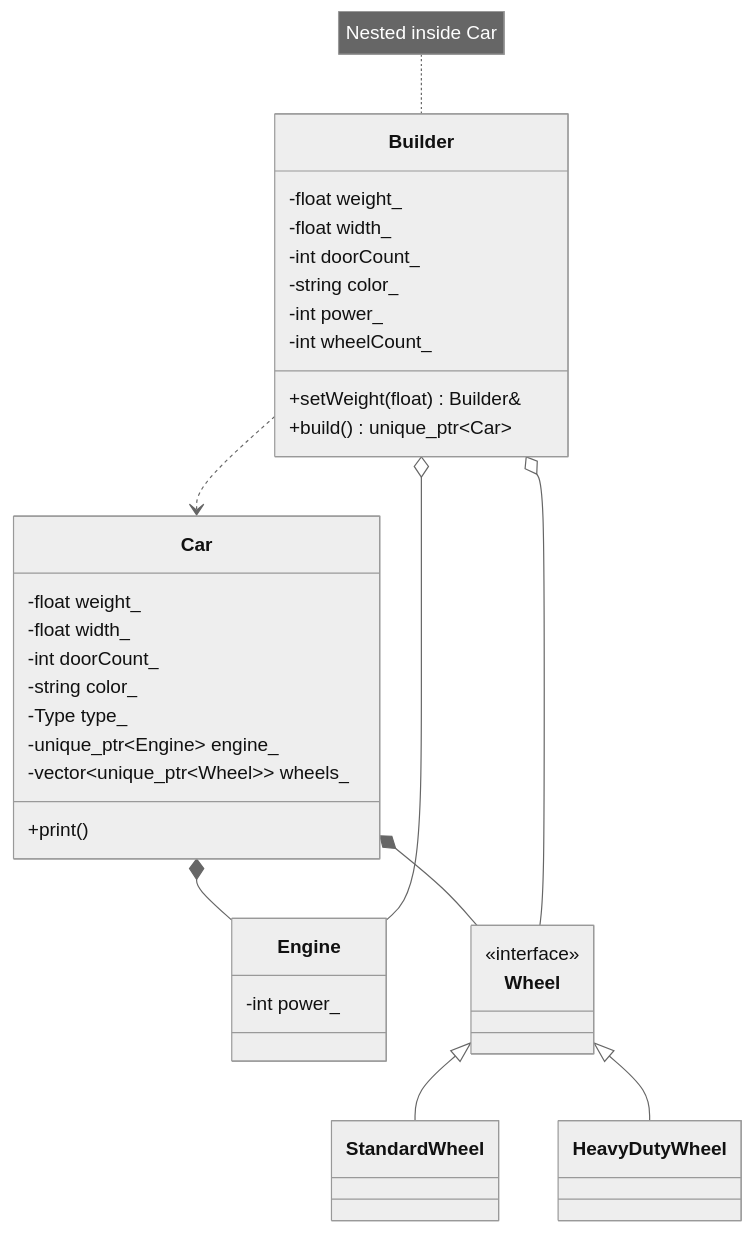
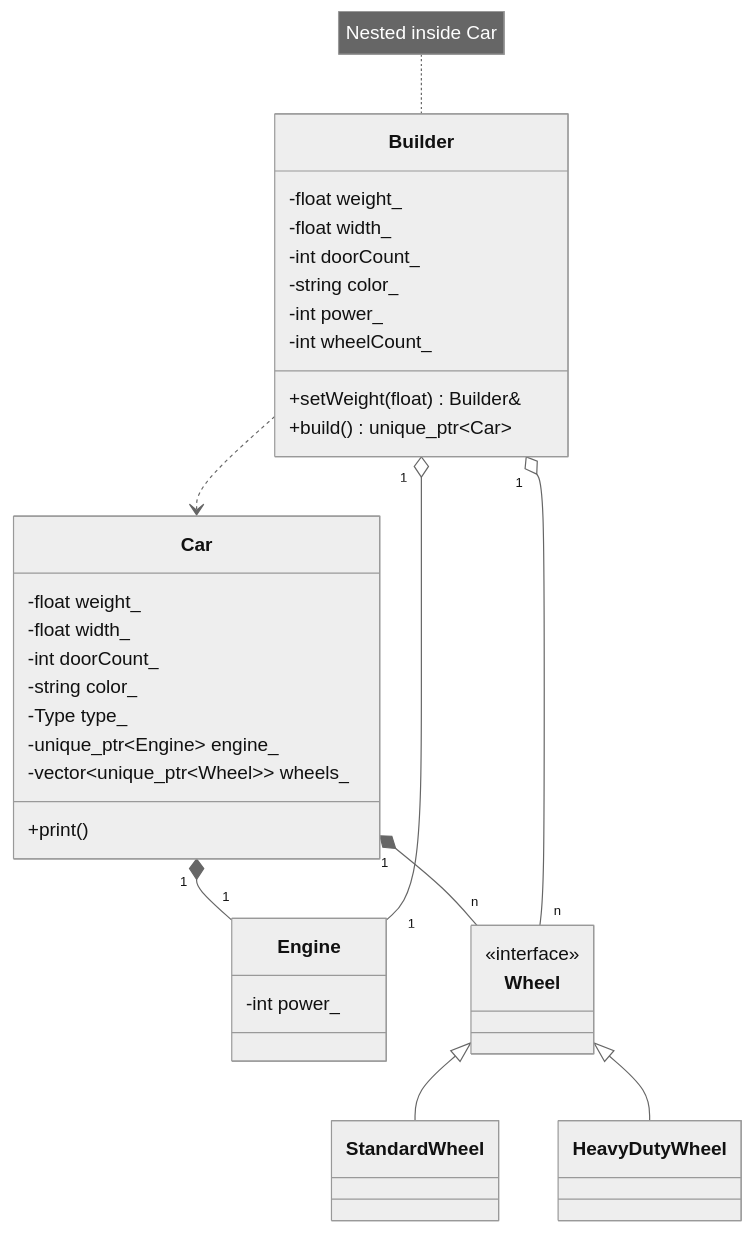
Before and after one commit to Cichlidfishexigency721/Modern-CPP-Design-Patterns: the first of 2 diagrams in 01_Builder/Dynamic_example/diagram.md, drawn with Mermaid (neutral theme). The commit also changed other lines of this file, not shown here.

````diff
--- a/01_Builder/Dynamic_example/diagram.md
+++ b/01_Builder/Dynamic_example/diagram.md
@@ -3,38 +3,43 @@
 ```mermaid
 classDiagram
     class Engine { -int power_ }
     class Wheel { <<interface>> }
     class StandardWheel
     class HeavyDutyWheel
     
     class Car {
         -float weight_
         -float width_
         -int doorCount_
         -string color_
         -Type type_
         -unique_ptr~Engine~ engine_
         -vector~unique_ptr~Wheel~~ wheels_
         +print()
     }
 
     class Builder {
         -float weight_
         -float width_
         -int doorCount_
         -string color_
         -int power_
         -int wheelCount_
         +setWeight(float) Builder&
         +build() unique_ptr~Car~
     }
 
     Wheel <|-- StandardWheel
     Wheel <|-- HeavyDutyWheel
-    Car *-- Engine
-    Car *-- Wheel
-    Builder o-- Engine
-    Builder o-- Wheel
+    
+    %% Multiplicity: 1 Engine, n Wheels
+    Car "1" *-- "1" Engine
+    Car "1" *-- "n" Wheel
+    
+    %% The Builder temporary aggregation
+    Builder "1" o-- "1" Engine
+    Builder "1" o-- "n" Wheel
+    
     Builder ..> Car
     note for Builder "Nested inside Car"
 ```
````
